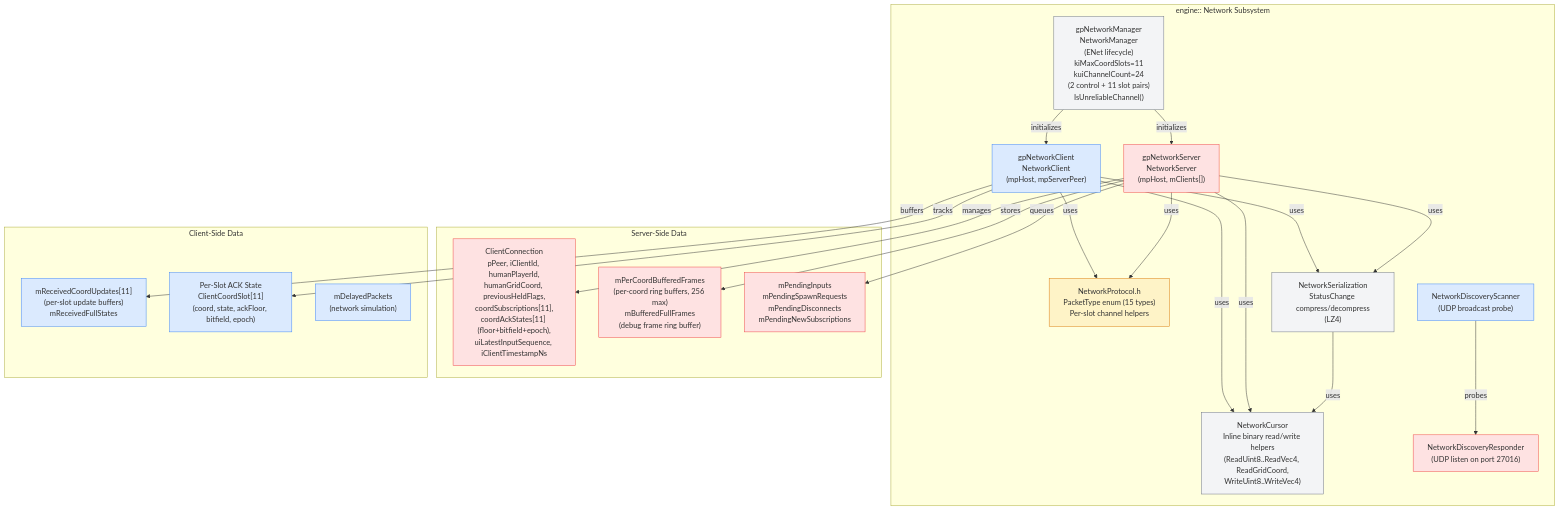
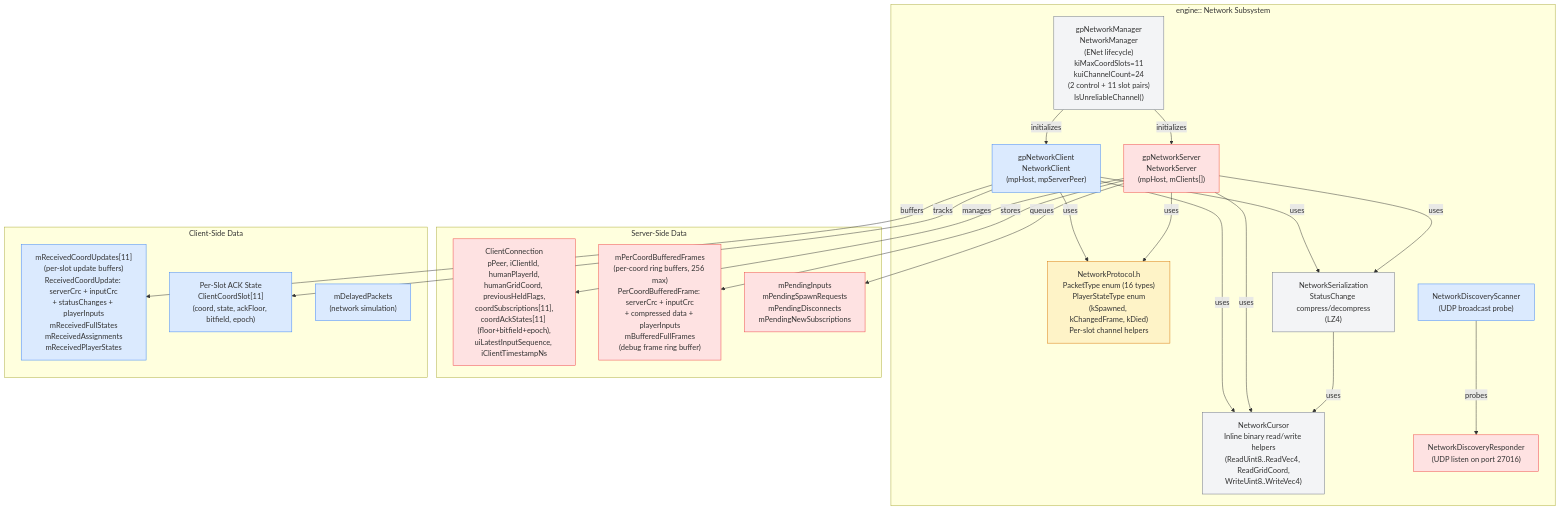
Before and after one commit to DougTanner/BrokenEnginePublic: the first of 6 diagrams in Documents/Architecture/Network.md, drawn with Mermaid. The commit also changed other lines of this file and 22 other files, not shown here.

````diff
--- a/Documents/Architecture/Network.md
+++ b/Documents/Architecture/Network.md
@@ -7,49 +7,49 @@
 ```mermaid
 %%{init: {'theme': 'default'}}%%
 graph TD
     classDef clientOnly fill:#dbeafe,stroke:#3b82f6
     classDef serverOnly fill:#fee2e2,stroke:#ef4444
     classDef shared fill:#f3f4f6,stroke:#6b7280
     classDef protocol fill:#fef3c7,stroke:#d97706
 
     subgraph engine_network ["engine:: Network Subsystem"]
         gpNetworkManager["gpNetworkManager<br/>NetworkManager<br/>(ENet lifecycle)<br/>kiMaxCoordSlots=11<br/>kuiChannelCount=24<br/>(2 control + 11 slot pairs)<br/>IsUnreliableChannel()"]:::shared
 
         gpNetworkClient["gpNetworkClient<br/>NetworkClient<br/>(mpHost, mpServerPeer)"]:::clientOnly
         gpNetworkServer["gpNetworkServer<br/>NetworkServer<br/>(mpHost, mClients[])"]:::serverOnly
 
-        protocol["NetworkProtocol.h<br/>PacketType enum (15 types)<br/>Per-slot channel helpers"]:::protocol
+        protocol["NetworkProtocol.h<br/>PacketType enum (16 types)<br/>PlayerStateType enum<br/>(kSpawned, kChangedFrame, kDied)<br/>Per-slot channel helpers"]:::protocol
         serialization["NetworkSerialization<br/>StatusChange compress/decompress<br/>(LZ4)"]:::shared
         cursor["NetworkCursor<br/>Inline binary read/write helpers<br/>(ReadUint8..ReadVec4, ReadGridCoord,<br/>WriteUint8..WriteVec4)"]:::shared
         discovery_scanner["NetworkDiscoveryScanner<br/>(UDP broadcast probe)"]:::clientOnly
         discovery_responder["NetworkDiscoveryResponder<br/>(UDP listen on port 27016)"]:::serverOnly
     end
 
     subgraph server_data ["Server-Side Data"]
         client_conn["ClientConnection<br/>pPeer, iClientId, humanPlayerId,<br/>humanGridCoord, previousHeldFlags,<br/>coordSubscriptions[11],<br/>coordAckStates[11] (floor+bitfield+epoch),<br/>uiLatestInputSequence, iClientTimestampNs"]:::serverOnly
-        buffered["mPerCoordBufferedFrames<br/>(per-coord ring buffers, 256 max)<br/>mBufferedFullFrames<br/>(debug frame ring buffer)"]:::serverOnly
+        buffered["mPerCoordBufferedFrames<br/>(per-coord ring buffers, 256 max)<br/>PerCoordBufferedFrame: serverCrc + inputCrc<br/>+ compressed data + playerInputs<br/>mBufferedFullFrames<br/>(debug frame ring buffer)"]:::serverOnly
         pending["mPendingInputs<br/>mPendingSpawnRequests<br/>mPendingDisconnects<br/>mPendingNewSubscriptions"]:::serverOnly
     end
 
     subgraph client_data ["Client-Side Data"]
-        received["mReceivedCoordUpdates[11]<br/>(per-slot update buffers)<br/>mReceivedFullStates"]:::clientOnly
+        received["mReceivedCoordUpdates[11]<br/>(per-slot update buffers)<br/>ReceivedCoordUpdate: serverCrc + inputCrc<br/>+ statusChanges + playerInputs<br/>mReceivedFullStates<br/>mReceivedAssignments<br/>mReceivedPlayerStates"]:::clientOnly
         ack_state["Per-Slot ACK State<br/>ClientCoordSlot[11]<br/>(coord, state, ackFloor, bitfield, epoch)"]:::clientOnly
         delayed["mDelayedPackets<br/>(network simulation)"]:::clientOnly
     end
 
     gpNetworkManager -->|initializes| gpNetworkClient
     gpNetworkManager -->|initializes| gpNetworkServer
     gpNetworkClient -->|uses| protocol
     gpNetworkServer -->|uses| protocol
     gpNetworkClient -->|uses| serialization
     gpNetworkServer -->|uses| serialization
     gpNetworkClient -->|uses| cursor
     gpNetworkServer -->|uses| cursor
     serialization -->|uses| cursor
     gpNetworkServer -->|manages| client_conn
     gpNetworkServer -->|stores| buffered
     gpNetworkServer -->|queues| pending
     gpNetworkClient -->|buffers| received
     gpNetworkClient -->|tracks| ack_state
     discovery_scanner -->|probes| discovery_responder
 ```
````
